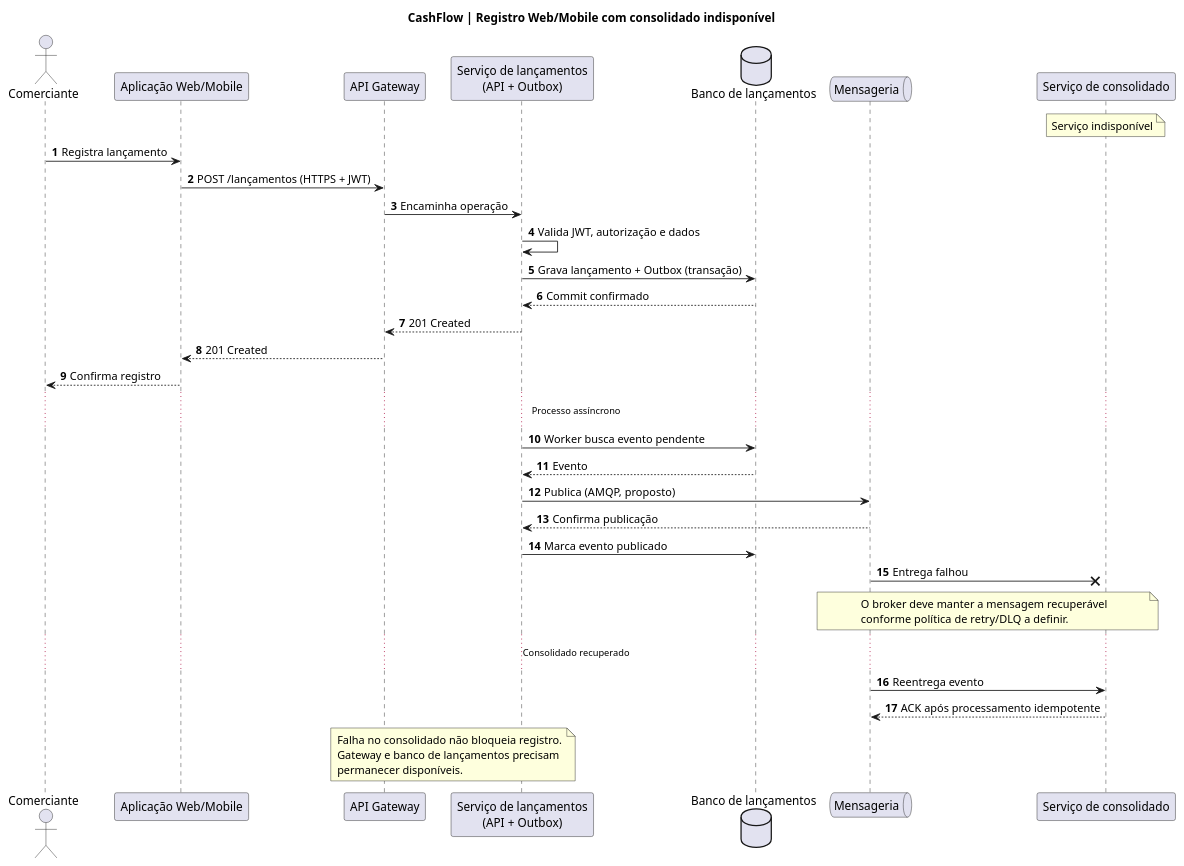
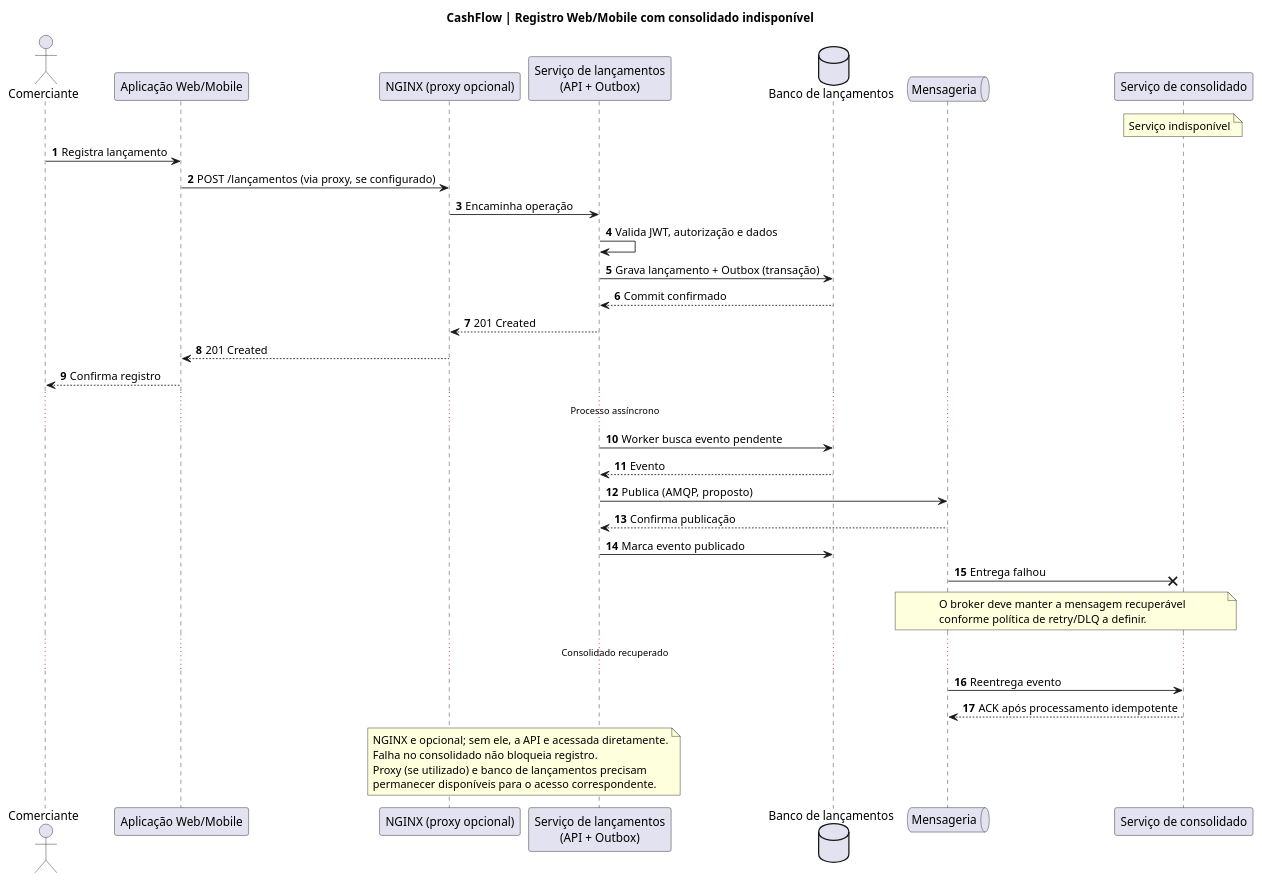
The diagram in docs/architecture/plantuml/sequence-failure.puml (wolwerr/CashFlow-Architecture), drawn with PlantUML before and after one commit.

Commit message:
docs(architecture): align C4 and sequences with optional NGINX proxy, defer API Gateway (#7)

```diff
--- a/docs/architecture/plantuml/sequence-failure.puml
+++ b/docs/architecture/plantuml/sequence-failure.puml
@@ -1,40 +1,41 @@
 @startuml CashFlow_Consolidation_Failure
 title CashFlow | Registro Web/Mobile com consolidado indisponível
 autonumber
 actor Comerciante
 participant "Aplicação Web/Mobile" as W
-participant "API Gateway" as G
+participant "NGINX (proxy opcional)" as G
 participant "Serviço de lançamentos\n(API + Outbox)" as L
 database "Banco de lançamentos" as BL
 queue "Mensageria" as M
 participant "Serviço de consolidado" as C
 note over C: Serviço indisponível
 Comerciante -> W: Registra lançamento
-W -> G: POST /lançamentos (HTTPS + JWT)
+W -> G: POST /lançamentos (via proxy, se configurado)
 G -> L: Encaminha operação
 L -> L: Valida JWT, autorização e dados
 L -> BL: Grava lançamento + Outbox (transação)
 BL --> L: Commit confirmado
 L --> G: 201 Created
 G --> W: 201 Created
 W --> Comerciante: Confirma registro
 ... Processo assíncrono ...
 L -> BL: Worker busca evento pendente
 BL --> L: Evento
 L -> M: Publica (AMQP, proposto)
 M --> L: Confirma publicação
 L -> BL: Marca evento publicado
 M ->x C: Entrega falhou
 note over M,C
 O broker deve manter a mensagem recuperável
 conforme política de retry/DLQ a definir.
 end note
 ... Consolidado recuperado ...
 M -> C: Reentrega evento
 C --> M: ACK após processamento idempotente
 note over G,L
+NGINX e opcional; sem ele, a API e acessada diretamente.
 Falha no consolidado não bloqueia registro.
-Gateway e banco de lançamentos precisam
-permanecer disponíveis.
+Proxy (se utilizado) e banco de lançamentos precisam
+permanecer disponíveis para o acesso correspondente.
 end note
 @enduml
```
